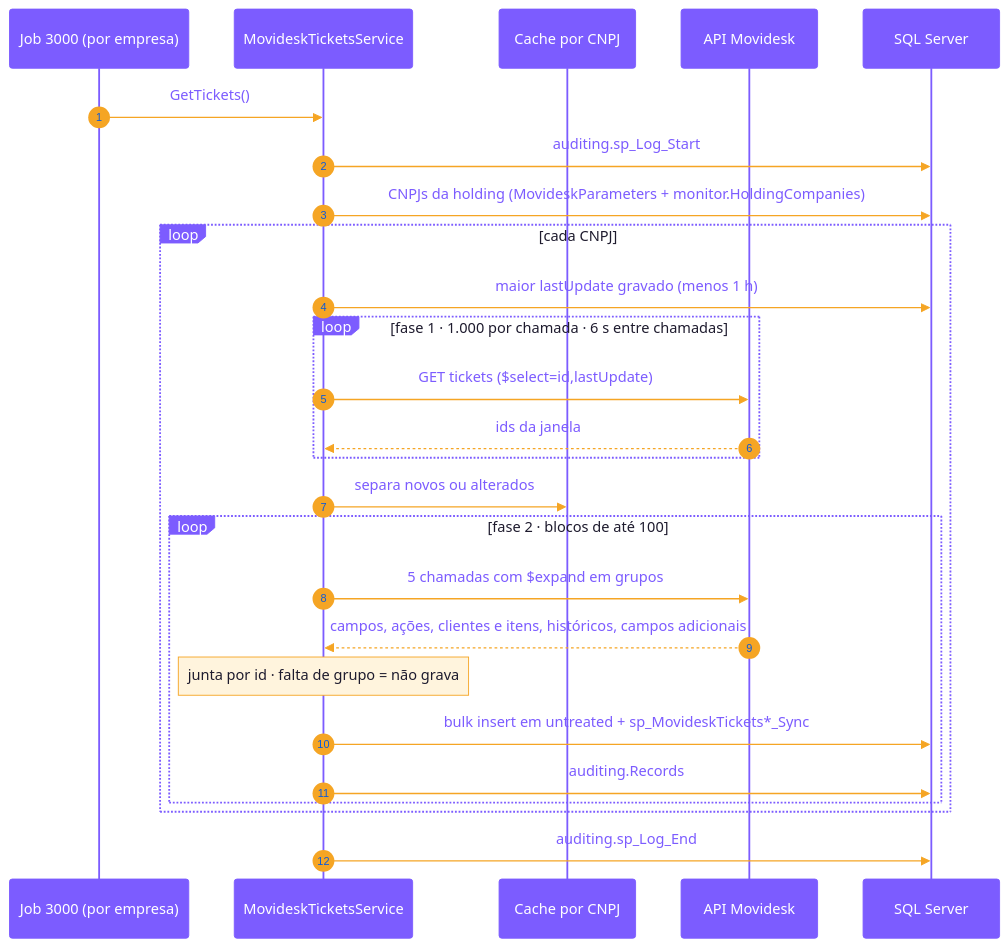
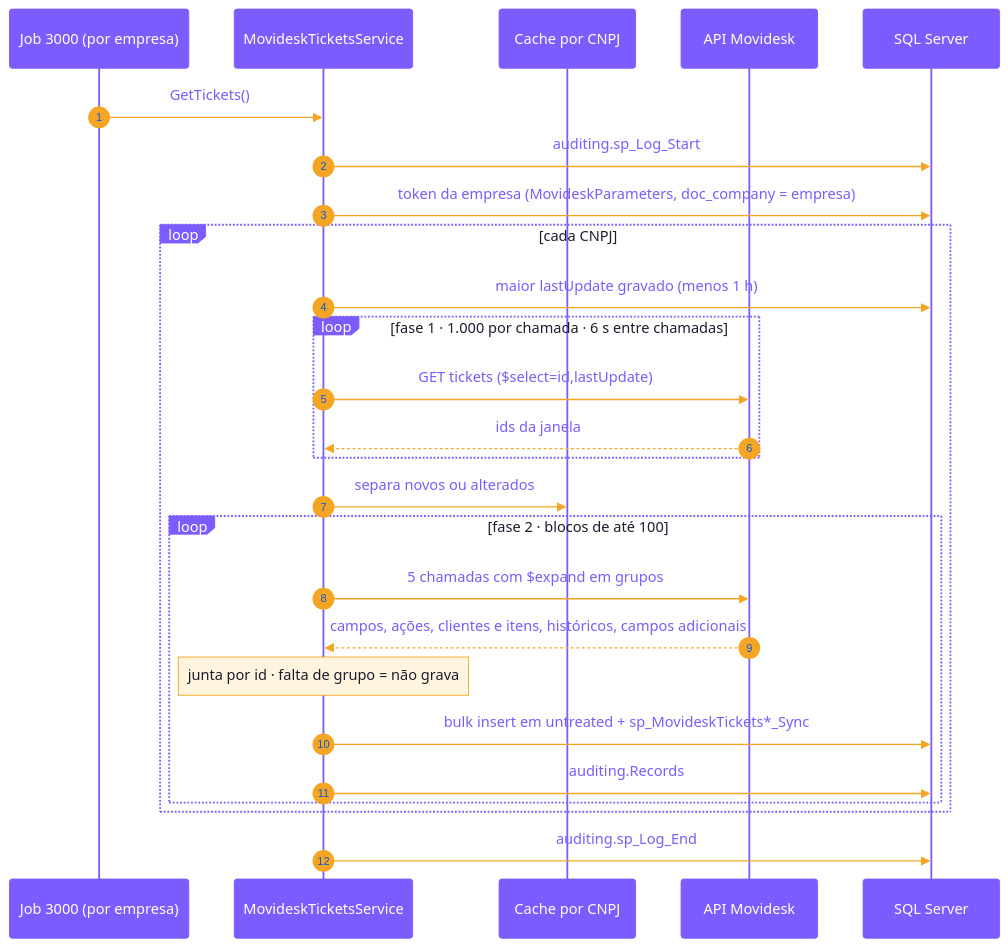
One commit to cayo-kume/extract-transform-load-integrations-system changed the second of 5 diagrams in src/Backend/Modules/General/Movidesk/README.md. Above: the diagram before and after it, drawn with Mermaid. The commit also changed other lines of this file and 121 other files, not shown here.

````diff
--- a/src/Backend/Modules/General/Movidesk/README.md
+++ b/src/Backend/Modules/General/Movidesk/README.md
@@ -243,30 +243,30 @@
 ```mermaid
 %%{init: {'theme':'base','themeVariables':{'primaryColor':'#1e1b2e','primaryTextColor':'#ffffff','primaryBorderColor':'#7c5cff','lineColor':'#f5a524','actorBkg':'#7c5cff','actorTextColor':'#ffffff','actorBorder':'#7c5cff','signalColor':'#f5a524','signalTextColor':'#7c5cff','noteBkgColor':'#fff4dd','noteTextColor':'#1e1b2e','noteBorderColor':'#f5a524','activationBkgColor':'#ede9fe','activationBorderColor':'#7c5cff','labelBoxBkgColor':'#7c5cff','labelBoxBorderColor':'#7c5cff','labelTextColor':'#ffffff','loopTextColor':'#1e1b2e'}}}%%
 sequenceDiagram
     autonumber
     participant J as Job 3000 (por empresa)
     participant S as MovideskTicketsService
     participant C as Cache por CNPJ
     participant A as API Movidesk
     participant B as SQL Server
 
     J->>S: GetTickets()
     S->>B: auditing.sp_Log_Start
-    S->>B: CNPJs da holding (MovideskParameters + monitor.HoldingCompanies)
+    S->>B: token da empresa (MovideskParameters, doc_company = empresa)
     loop cada CNPJ
         S->>B: maior lastUpdate gravado (menos 1 h)
         loop fase 1 · 1.000 por chamada · 6 s entre chamadas
             S->>A: GET tickets ($select=id,lastUpdate)
             A-->>S: ids da janela
         end
         S->>C: separa novos ou alterados
         loop fase 2 · blocos de até 100
             S->>A: 5 chamadas com $expand em grupos
             A-->>S: campos, ações, clientes e itens, históricos, campos adicionais
             Note over S: junta por id · falta de grupo = não grava
             S->>B: bulk insert em untreated + sp_MovideskTickets*_Sync
             S->>B: auditing.Records
         end
     end
     S->>B: auditing.sp_Log_End
 ```
````
